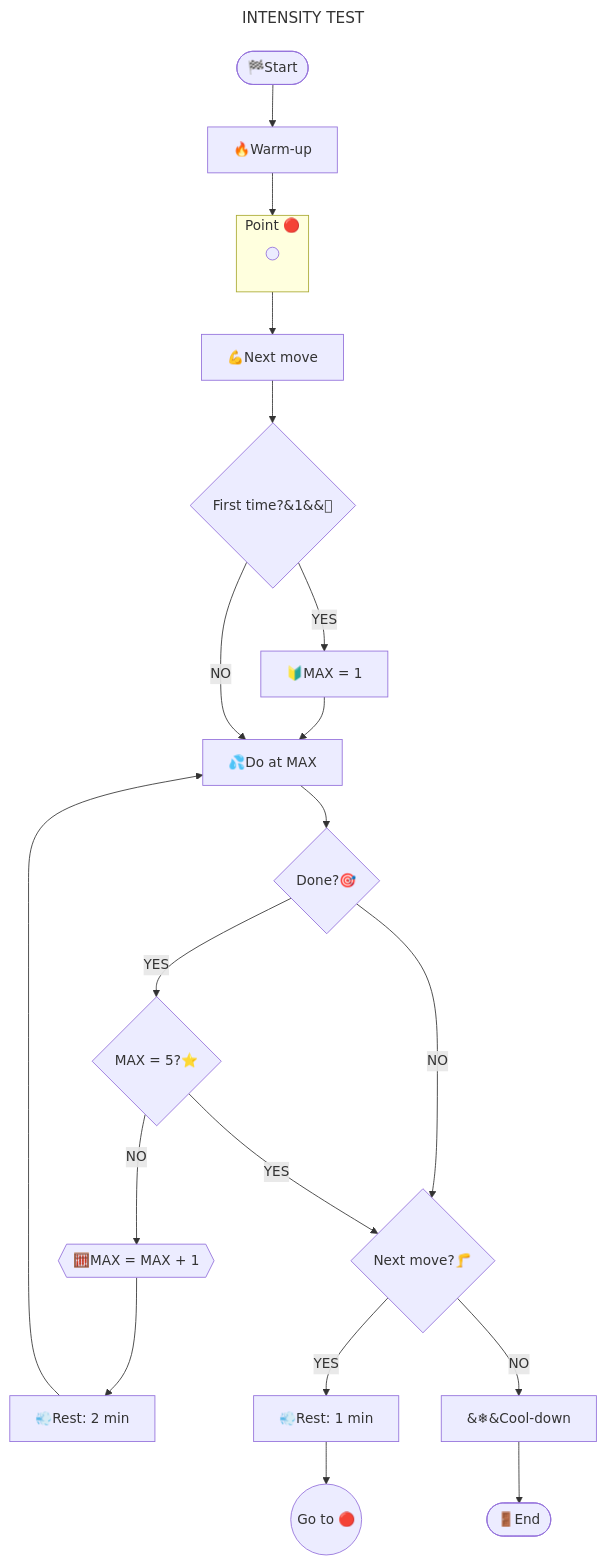
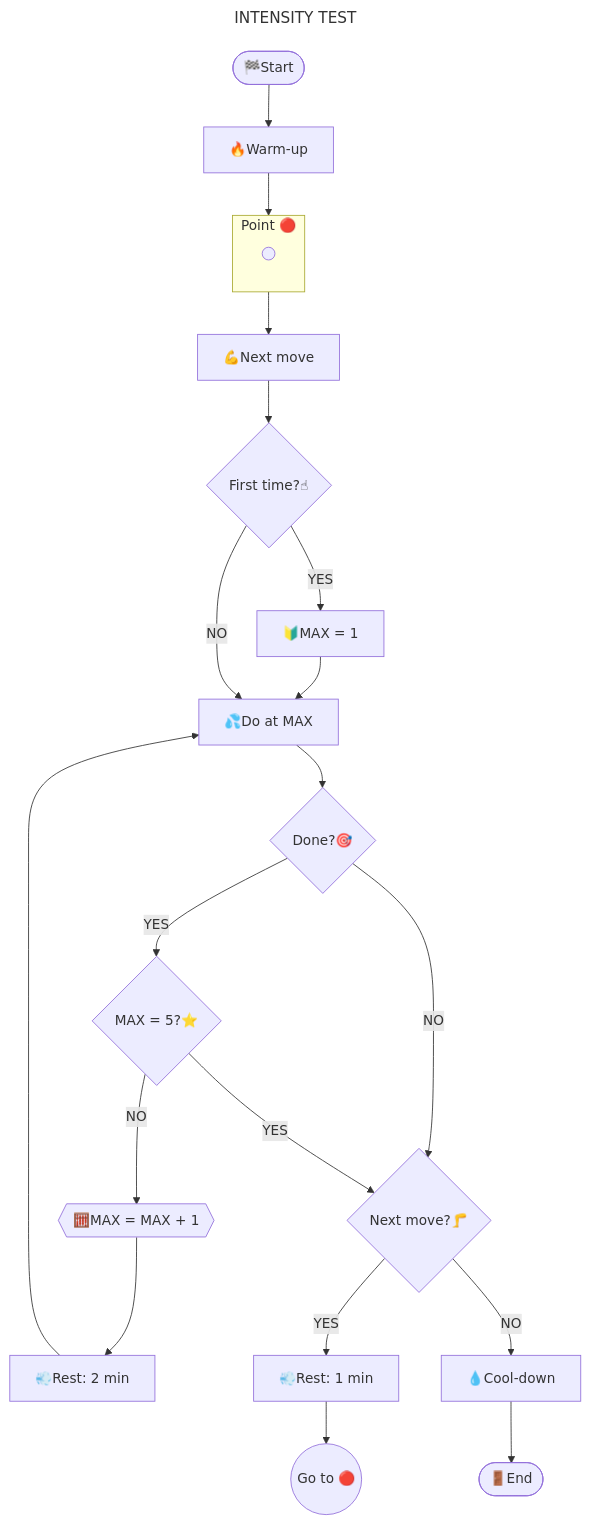
Before and after one commit to andre-cat/md-training: the diagram in dir/tests/chart-intensity.md, drawn with Mermaid. The commit also changed other lines of this file and 22 other files, not shown here.

````diff
--- a/dir/tests/chart-intensity.md
+++ b/dir/tests/chart-intensity.md
@@ -5,48 +5,48 @@
 ```mermaid
 ---
 title: INTENSITY TEST
 ---
 
 %%{
     init: {
         "fontFamily": "lucida console",
         "flowchart": {
             "htmlLabels": true,
             "curve": "StepAfter"
         }
     }
 }%%
 
 flowchart TB
     0(["#127937;Start"])
     1["#128293;Warm-up"]
     3["#128170;Next move"]
-    4{"First time?&#49;&#65039;&#8419;"}
+    4{"First time?#9757;"}
     4Y["#128304;MAX = 1"]
     5["#128166;Do at MAX"]
     6{"Done?#127919;"}
     6Y{"MAX = 5?#11088;"}
     6YN{{"#129518;MAX = MAX + 1"}}
     6YN0["#128168;Rest: 2 min"]
     6N{"Next move?#129461;"}
     6NY["#128168;Rest: 1 min"]
     6NY0(("Go to #128308;"))
-    6NN["&#10052;&#65039;Cool-down"]
+    6NN["#128167;Cool-down"]
     7(["#128682;End"])
 
     subgraph 2["Point #128308;"]
         direction TB
         point(( ))
     end
 
     0 --> 1 --> 2 --> 3 --> 4
     4 -- "YES" --> 4Y --> 5
     4 -- "NO " --> 5
     5 --> 6
     6 -- "YES" --> 6Y
     6 -- "NO " --> 6N
     6Y -- "YES" --> 6N
     6Y -- "NO " --> 6YN --> 6YN0 --> 5
     6N -- "YES" --> 6NY --> 6NY0
     6N -- "NO " --> 6NN --> 7
 ```
````
